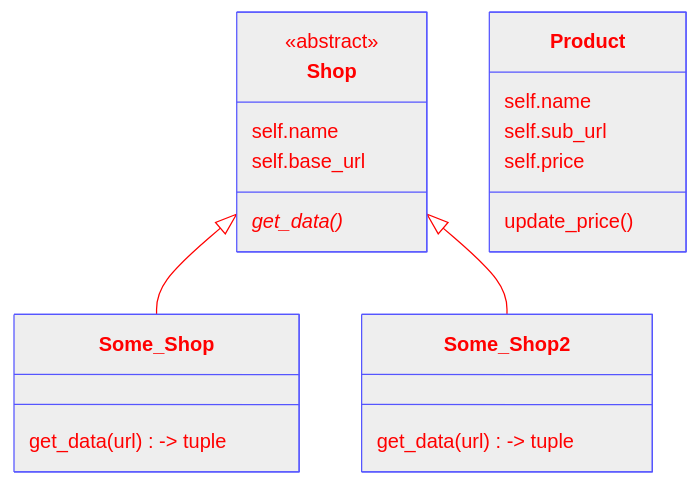
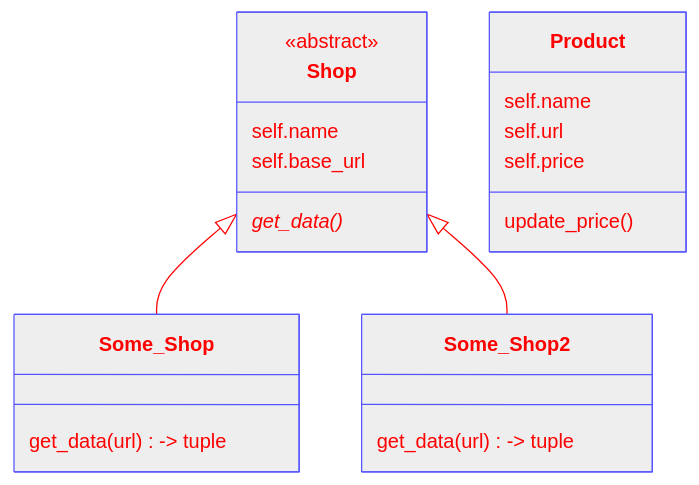
Before and after one commit to mrmysko/nackademin-py-project: the diagram in PROJEKT.md, drawn with Mermaid. The commit also changed other lines of this file, not shown here.

````diff
--- a/PROJEKT.md
+++ b/PROJEKT.md
@@ -24,28 +24,28 @@
 ```mermaid
 %%{init: {'theme': 'base', 'themeVariables': {'primaryColor': '#eee',
 'primaryTextColor':'#f00','primaryBorderColor':'#55f','lineColor': '#f00' }}}%%
 
 classDiagram
 
 class Shop
 <<abstract>> Shop
 Shop: self.name
 Shop: self.base_url
 Shop : get_data()*
 
 
 class Some_Shop
 Shop <|-- Some_Shop
 Some_Shop : get_data(url) -> tuple
 
 class Some_Shop2
 Shop <|-- Some_Shop2
 Some_Shop2 : get_data(url) -> tuple
 
 class Product
 Product: self.name
-Product: self.sub_url
+Product: self.url
 Product: self.price
 Product: update_price()
 
 ```
````
